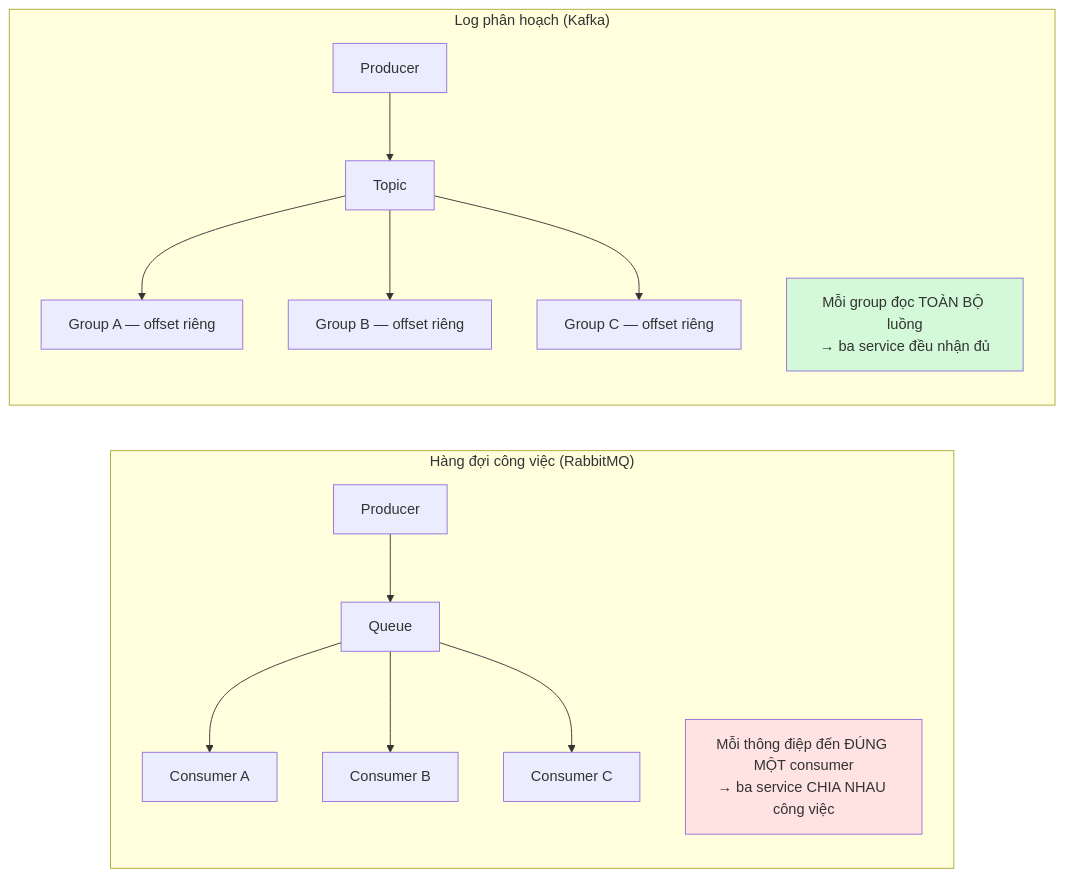
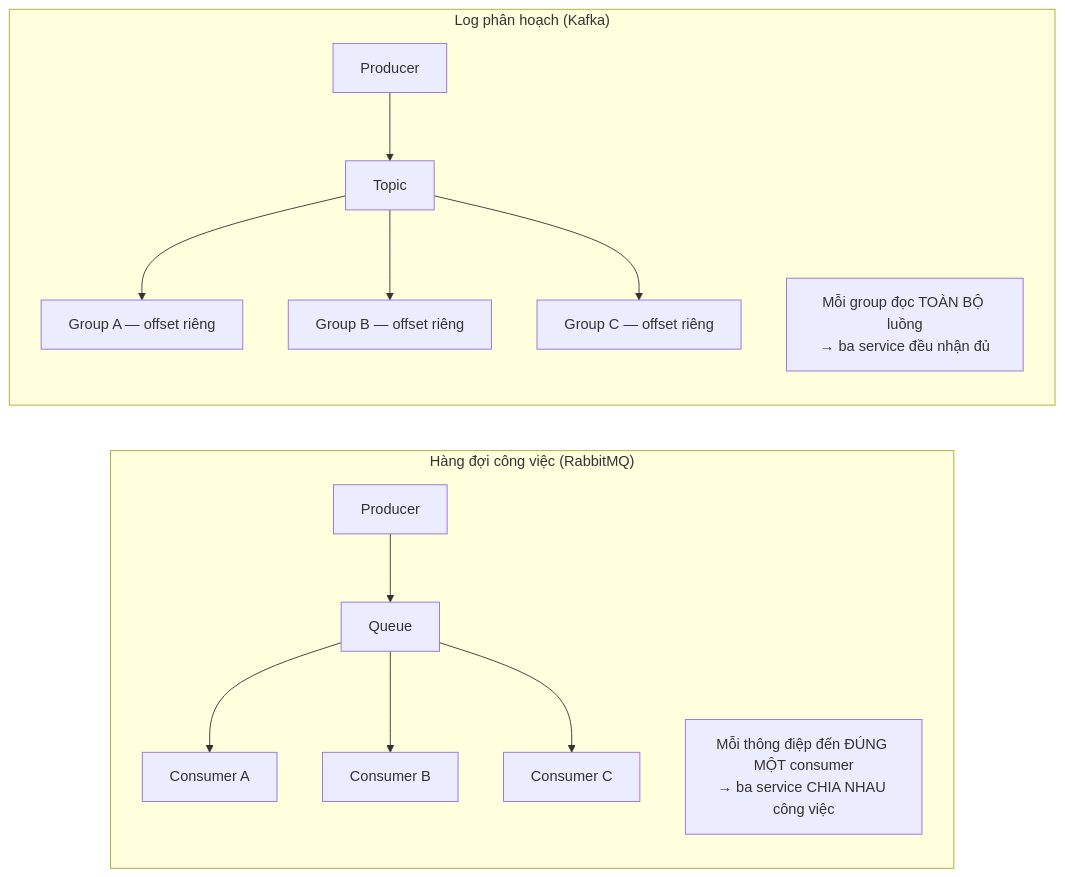
Before and after one commit to KietAnhCS/CocCoc-Plus: the second of 3 diagrams in docs/Math/10-kafka/00-SO-DO-TU-DUY.md, drawn with Mermaid. The commit also changed other lines of this file and 73 other files, not shown here.

First line of the commit message:
docs: fix drift and add diagrams (#22)

````diff
--- a/docs/Math/10-kafka/00-SO-DO-TU-DUY.md
+++ b/docs/Math/10-kafka/00-SO-DO-TU-DUY.md
@@ -147,23 +139,20 @@
 ```mermaid
 flowchart LR
     subgraph rmq["Hàng đợi công việc (RabbitMQ)"]
         direction TB
         p1["Producer"] --> q1["Queue"]
         q1 --> c1["Consumer A"]
         q1 --> c2["Consumer B"]
         q1 --> c3["Consumer C"]
         note1["Mỗi thông điệp đến ĐÚNG MỘT consumer<br/>→ ba service CHIA NHAU công việc"]
     end
 
     subgraph kfk["Log phân hoạch (Kafka)"]
         direction TB
         p2["Producer"] --> t1["Topic"]
         t1 --> g1["Group A — offset riêng"]
         t1 --> g2["Group B — offset riêng"]
         t1 --> g3["Group C — offset riêng"]
         note2["Mỗi group đọc TOÀN BỘ luồng<br/>→ ba service đều nhận đủ"]
     end
-
-    style note1 fill:#ffe3e3
-    style note2 fill:#d3f9d8
 ```
````
